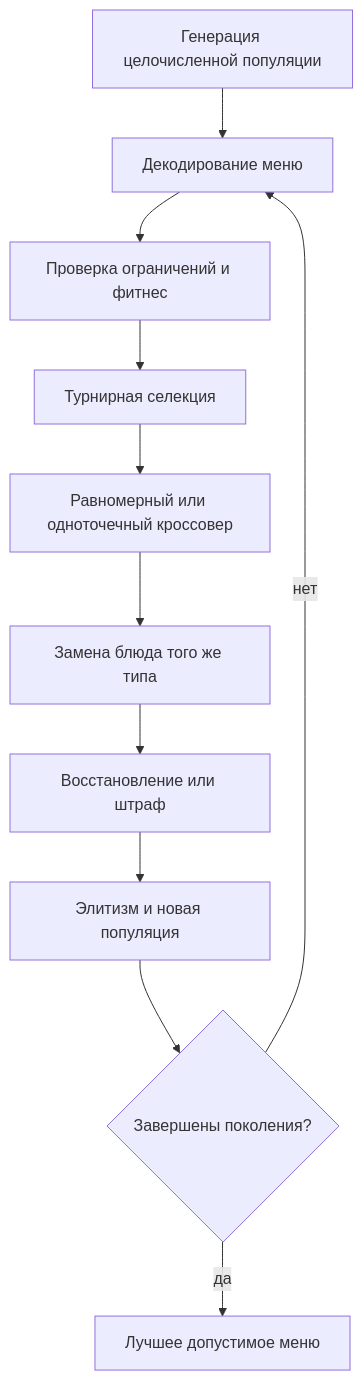
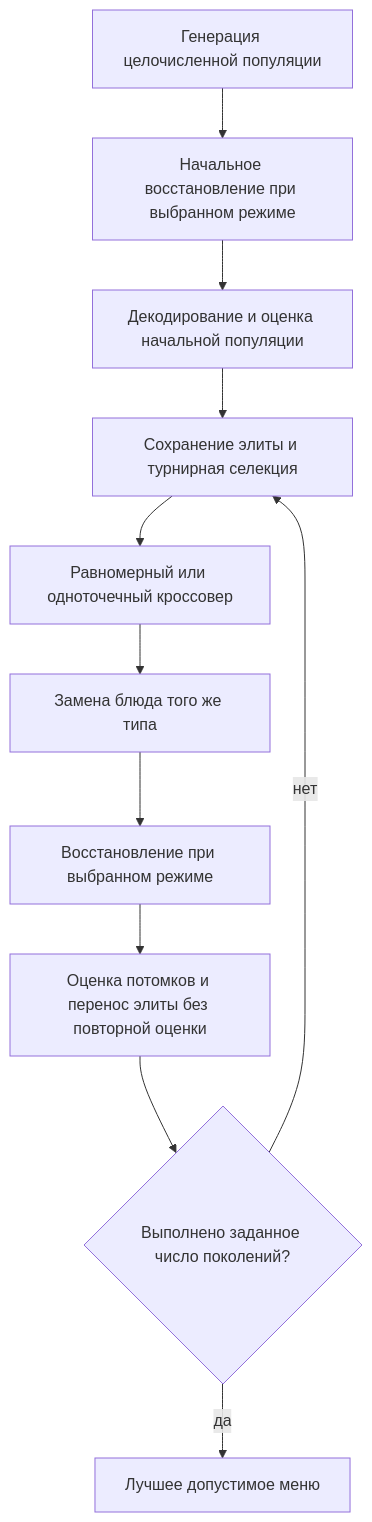
The diagram in lab_2_weekly_menu/results/REPORT.md (Winkey86/EvolutionCodingLabs), drawn with Mermaid before and after one commit. The commit also changed other lines of this file and 15 other files, not shown here.

````diff
--- a/lab_2_weekly_menu/results/REPORT.md
+++ b/lab_2_weekly_menu/results/REPORT.md
@@ -15,13 +54,13 @@
 ```mermaid
 flowchart TD
-    A[Генерация целочисленной популяции] --> B[Декодирование меню]
-    B --> C[Проверка ограничений и фитнес]
-    C --> D[Турнирная селекция]
+    A[Генерация целочисленной популяции] --> B[Начальное восстановление при выбранном режиме]
+    B --> C[Декодирование и оценка начальной популяции]
+    C --> D[Сохранение элиты и турнирная селекция]
     D --> E[Равномерный или одноточечный кроссовер]
     E --> F[Замена блюда того же типа]
-    F --> G[Восстановление или штраф]
-    G --> H[Элитизм и новая популяция]
-    H --> I{Завершены поколения?}
-    I -- нет --> B
+    F --> G[Восстановление при выбранном режиме]
+    G --> H[Оценка потомков и перенос элиты без повторной оценки]
+    H --> I{Выполнено заданное число поколений?}
+    I -- нет --> D
     I -- да --> J[Лучшее допустимое меню]
 ```
````
